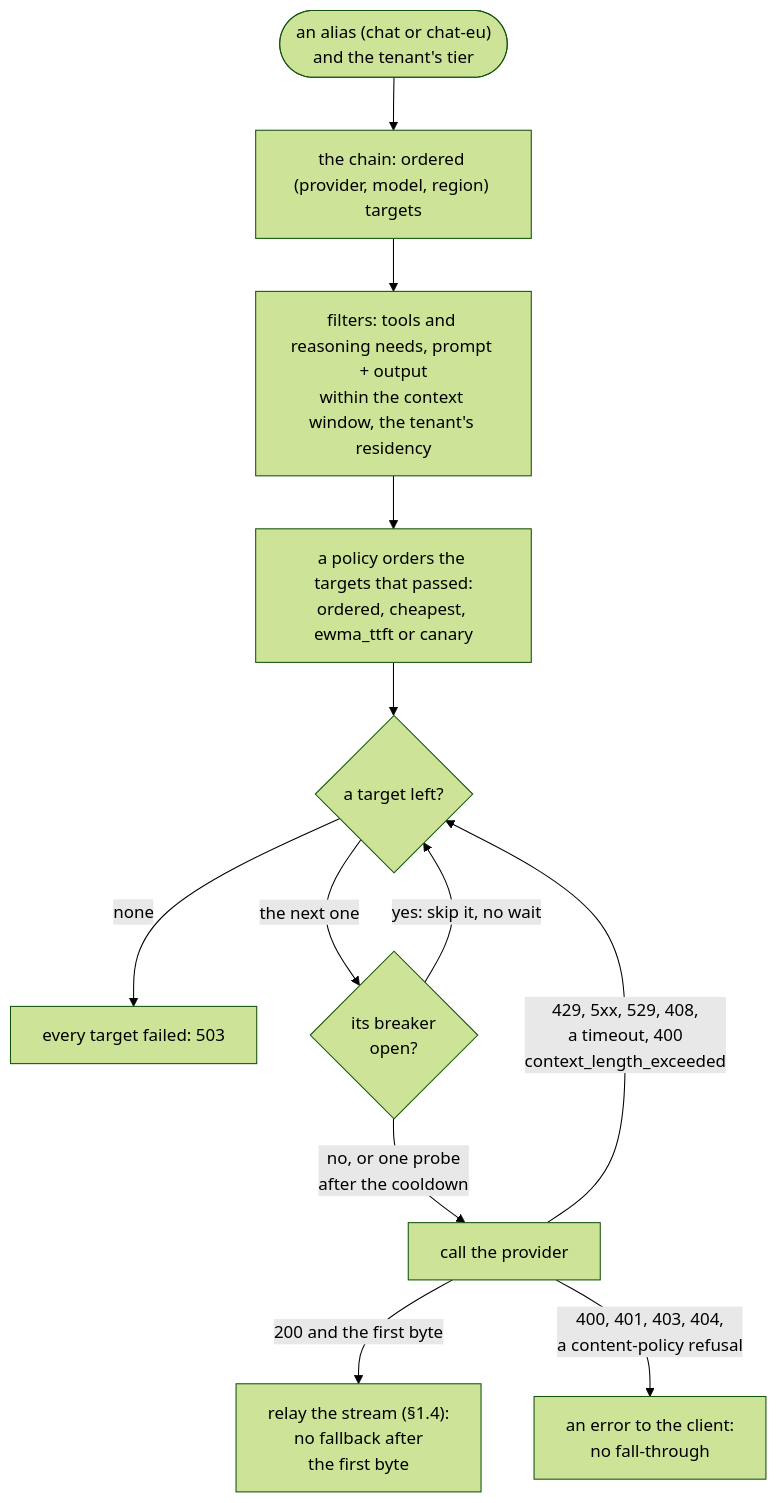
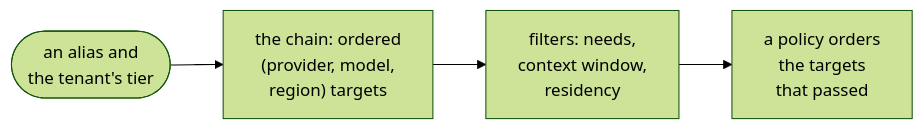
One commit to aniryou/full-stack-agentic-engineer changed the third of 9 diagrams in 06-gateway/llm-gateway/PRIMER.md. Above: the diagram before and after it, drawn with Mermaid (forest theme). The commit also changed other lines of this file and 633 other files, not shown here.

First line of the commit message:
Accessible language and one-screen figures, part 1: every figure fits a screen, the STE second pass over the layers (#53)

````diff
--- a/06-gateway/llm-gateway/PRIMER.md
+++ b/06-gateway/llm-gateway/PRIMER.md
@@ -273,14 +275,6 @@
 ```mermaid
-flowchart TB
-    AL(["an alias (chat or chat-eu)<br/>and the tenant's tier"]) --> CH["the chain: ordered (provider, model, region) targets"]
-    CH --> F["filters: tools and reasoning needs, prompt + output<br/>within the context window, the tenant's residency"]
-    F --> P["a policy orders the targets that passed:<br/>ordered, cheapest, ewma_ttft or canary"]
-    P --> NEXT{"a target left?"}
-    NEXT -- "none" --> NONE["every target failed: 503"]
-    NEXT -- "the next one" --> B{"its breaker<br/>open?"}
-    B -- "yes: skip it, no wait" --> NEXT
-    B -- "no, or one probe<br/>after the cooldown" --> CALL["call the provider"]
-    CALL -- "200 and the first byte" --> OK["relay the stream (§1.4):<br/>no fallback after<br/>the first byte"]
-    CALL -- "429, 5xx, 529, 408,<br/>a timeout, 400<br/>context_length_exceeded" --> NEXT
-    CALL -- "400, 401, 403, 404,<br/>a content-policy refusal" --> STOP["an error to the client:<br/>no fall-through"]
+flowchart LR
+    AL(["an alias and<br/>the tenant's tier"]) --> CH["the chain: ordered<br/>(provider, model,<br/>region) targets"]
+    CH --> F["filters: needs,<br/>context window,<br/>residency"]
+    F --> P["a policy orders<br/>the targets<br/>that passed"]
 ```
````
